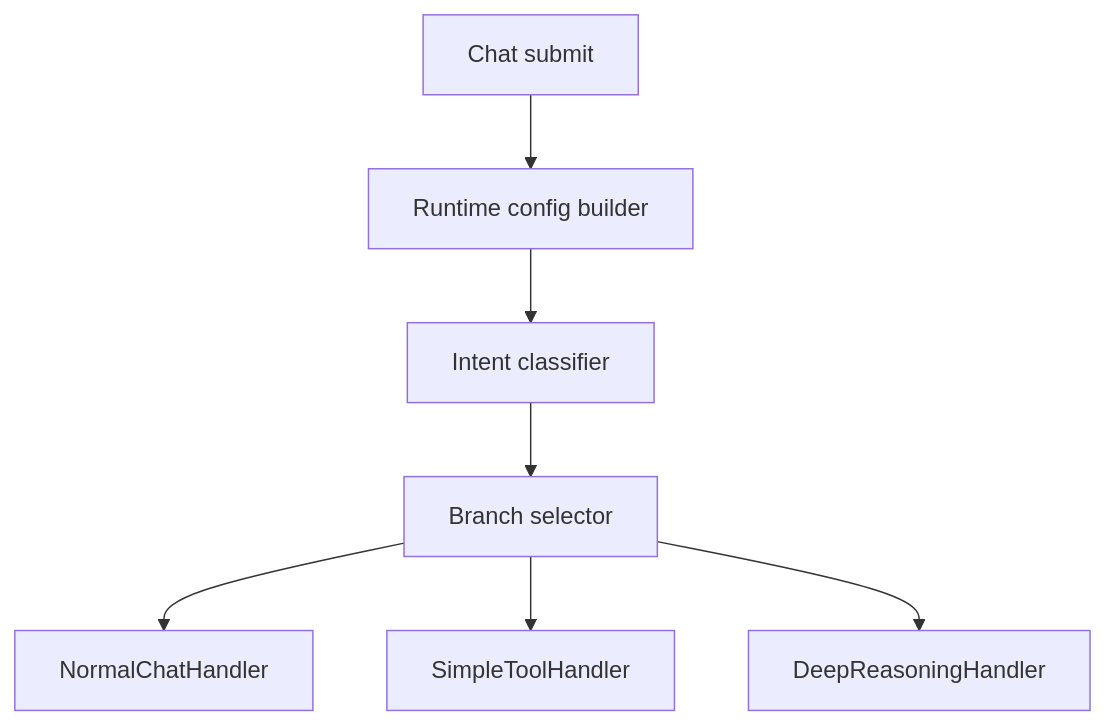
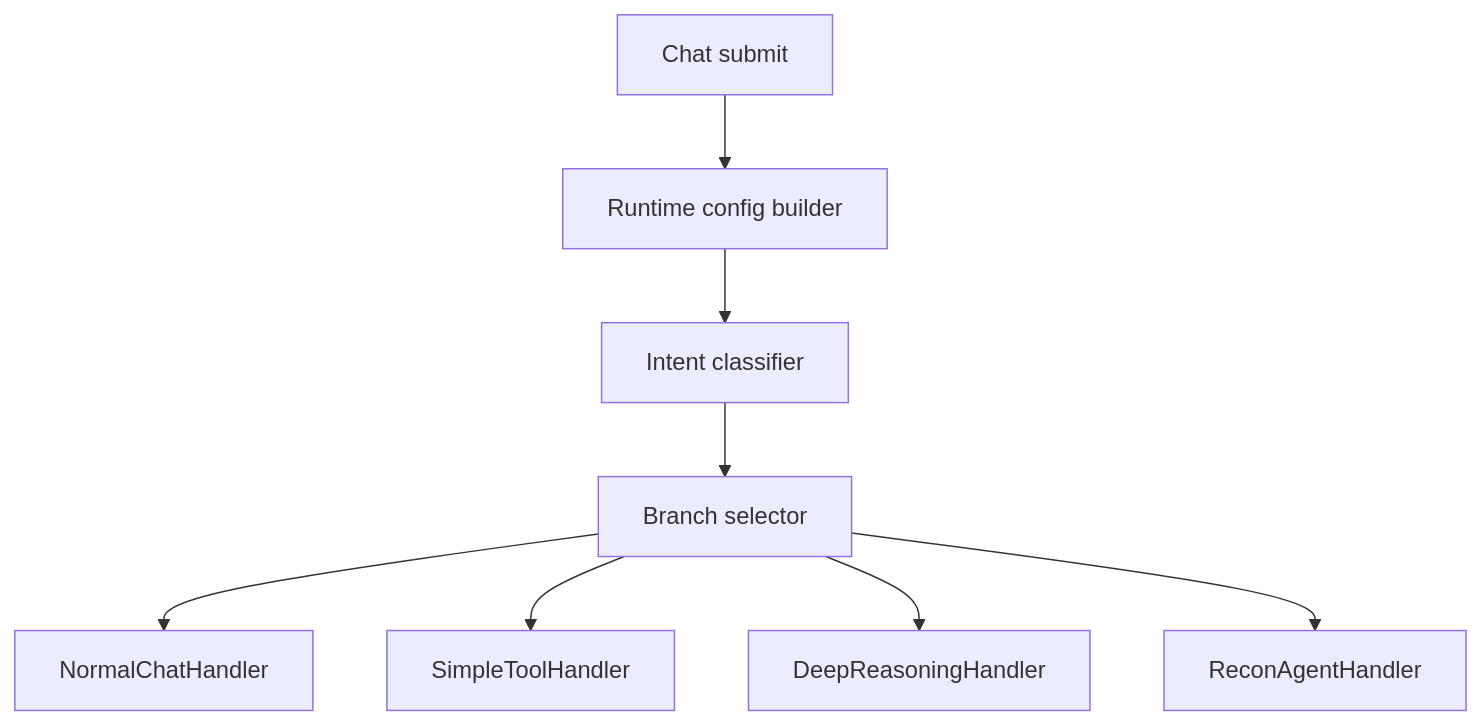
One commit to quareth/drowAI changed the first of 4 diagrams in docs/architecture/langgraph-graph-architecture.md. Above: the diagram before and after it, drawn with Mermaid. The commit also changed other lines of this file and 4 other files, not shown here.

````diff
--- a/docs/architecture/langgraph-graph-architecture.md
+++ b/docs/architecture/langgraph-graph-architecture.md
@@ -75,17 +76,19 @@
 ```mermaid
 flowchart TD
     ChatAPI[Chat submit]
     Context[Runtime config builder]
     Intent[Intent classifier]
     Selector[Branch selector]
     Normal[NormalChatHandler]
     Simple[SimpleToolHandler]
     Deep[DeepReasoningHandler]
+    Scout[ReconAgentHandler]
 
     ChatAPI --> Context
     Context --> Intent
     Intent --> Selector
     Selector --> Normal
     Selector --> Simple
     Selector --> Deep
+    Selector --> Scout
 ```
````
